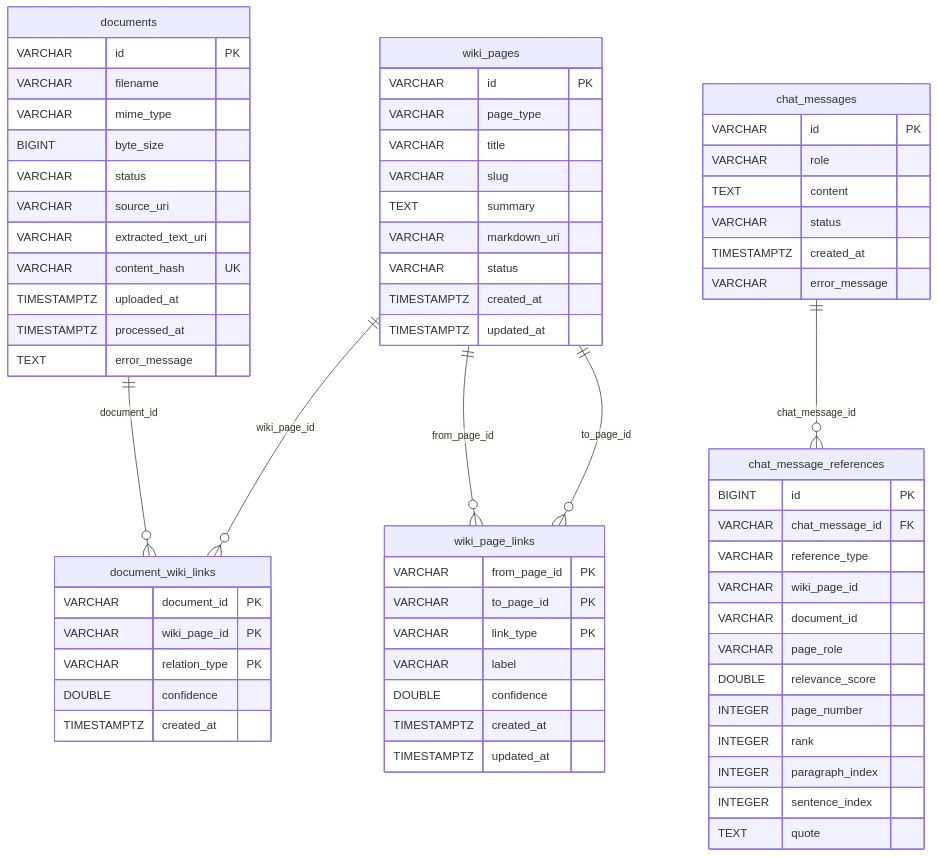
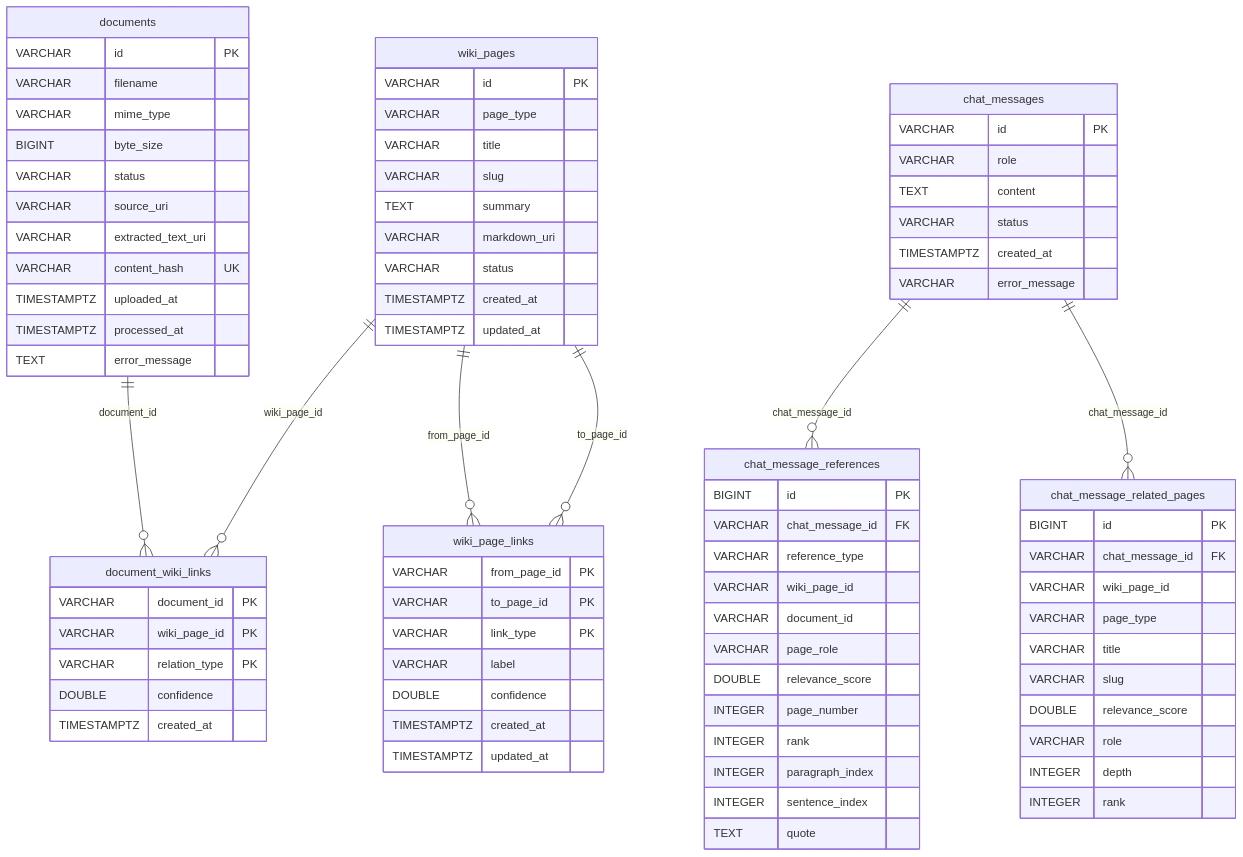
Before and after one commit to FruitionKR/local-pilot: the diagram in docs/spec/backend-mvp-erd.md, drawn with Mermaid. The commit also changed other lines of this file and 8 other files, not shown here.

First line of the commit message:
feat: related_pages 별도 테이블 저장 및 채팅 조회 API 반영

````diff
--- a/docs/spec/backend-mvp-erd.md
+++ b/docs/spec/backend-mvp-erd.md
@@ -76,5 +76,19 @@
     wiki_pages ||--o{ document_wiki_links : "wiki_page_id"
     wiki_pages ||--o{ wiki_page_links : "from_page_id"
     wiki_pages ||--o{ wiki_page_links : "to_page_id"
+    chat_message_related_pages {
+        BIGINT  id PK
+        VARCHAR chat_message_id FK
+        VARCHAR wiki_page_id
+        VARCHAR page_type
+        VARCHAR title
+        VARCHAR slug
+        DOUBLE  relevance_score
+        VARCHAR role
+        INTEGER depth
+        INTEGER rank
+    }
+
     chat_messages ||--o{ chat_message_references : "chat_message_id"
+    chat_messages ||--o{ chat_message_related_pages : "chat_message_id"
 ```
````
